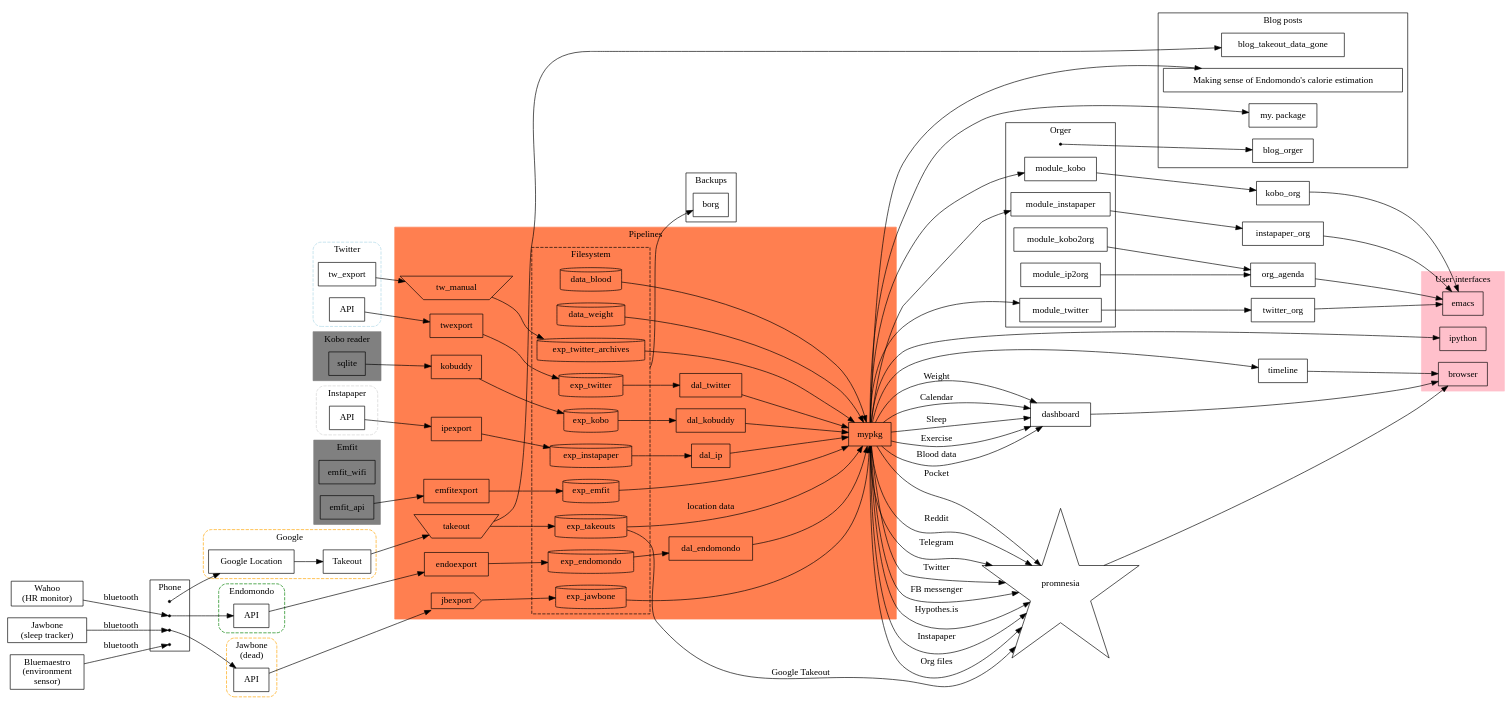
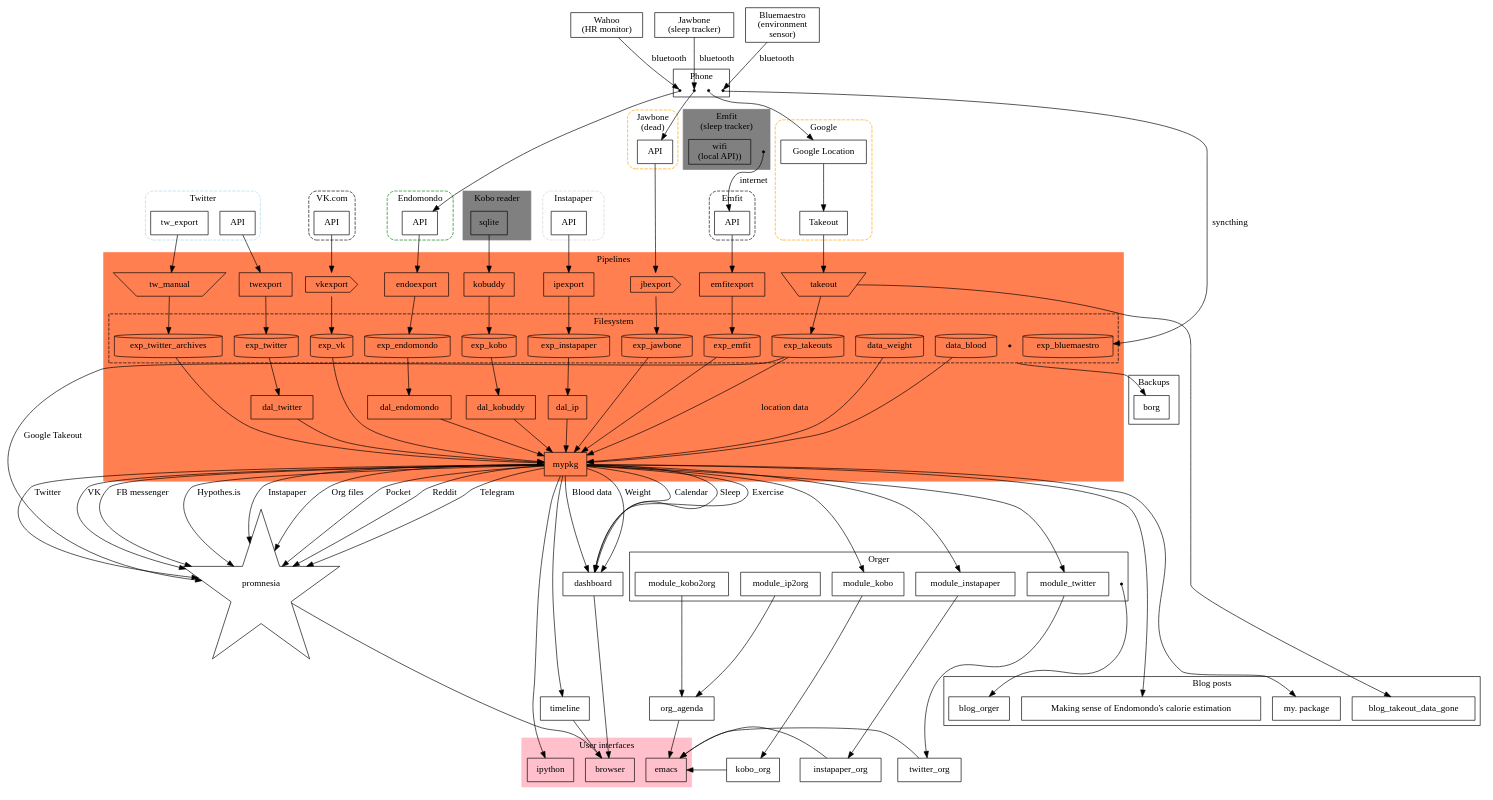
Before and after one commit to karlicoss/myinfra: the diagram in infra.dot, drawn with Graphviz.

Commit message:
move infra diagram updates

```diff
--- a/infra.dot
+++ b/infra.dot
@@ -2,6 +2,9 @@
 # TODO https://www.graphviz.org/doc/info/colors.html
 // https://www.rff.com/flowchart_shapes.php
 // https://www.graphviz.org/doc/info/shapes.html
+
+
+# echo 'infra.dot' | entr dot -T svg infra.dot -o infra.svg
 
 digraph G {
   # https://stackoverflow.com/a/2012106/706389
@@ -10,7 +13,11 @@
   // concatenate=true; // eh, doesn't seem to work..
 
   node [shape="box"];
-  rankdir="LR";
+  // rankdir="LR";
+
+  rank=max; // TODO eh?
+
+  // TODO not sure which rang to choose?
 
 
 subgraph cluster_phone {
@@ -57,13 +64,25 @@
 	// a0 -> a1 -> a2 -> a3;
 }
 
+
+subgraph cluster_vkcom {
+  label="VK.com";
+  style="dashed,rounded";
+
+  vk_api [label=API];
+}
+
+// TODO trivial connections (e.g. twitter phone app -> twitter are omitted)
+// TODO should they be though?
+
+
+
 // TODO phone location data
 // subgraph cluster_wahoo {
 //   label="Wahoo";
 //   style=filled;
 wahoo [label="Wahoo\n(HR monitor)"];
 // }
-
 
 wahoo -> app_endomondo [label=bluetooth];
 
@@ -130,13 +149,29 @@
 
 
 subgraph cluster_emfit {
-  label="Emfit";
+  label="Emfit\n(sleep tracker)";
   style=filled;
   color=grey;
 
-  emfit_wifi; # TODO
-  emfit_api;
+
+  // TODO dot?
+  emfit [shape=point];
+
+  emfit_wifi [label="wifi\n(local API))"];
 }
+
+
+subgraph cluster_emfit_cloud {
+  label="Emfit";
+  style="dashed,rounded";
+  emfit_api [label="API"];
+}
+
+emfit -> emfit_api [label=internet];
+
+// TODO if I draw an edge from UI to phone.... gonna be fun
+
+
 
 # TODO hmm. how to still draw a frame around it?
 subgraph cluster_pipelines {
@@ -161,6 +196,7 @@
 
     exp_emfit;
     exp_twitter;
+    exp_vk;
 
     exp_endomondo;
     exp_instapaper;
@@ -168,13 +204,20 @@
     data_weight;
     data_blood;
     # TODO mention manual inputs for these..
+
+    exp_bluemaestro;
+
+    exp_point [shape=point];
   }
 
 
   twexport;
   endoexport;
   ipexport;
+
   jbexport [shape=cds]; // TODO cross out maybe?
+  vkexport [shape=cds];
+
   # TODO eh, figure out better shape for 'dead'
   # TODO perhaps makes more sense to mark edge?
 
@@ -184,6 +227,7 @@
   "Takeout"   -> takeout     -> exp_takeouts;
   tw_export   -> tw_manual   -> exp_twitter_archives;
   tw_api      -> twexport    -> exp_twitter;
+  vk_api      -> vkexport    -> exp_vk;
   jb_api      -> jbexport    -> exp_jawbone;
   emfit_api   -> emfitexport -> exp_emfit;
 
@@ -191,6 +235,8 @@
   ip_api      -> ipexport   -> exp_instapaper;
 
   kobo_sqlite -> kobuddy    -> exp_kobo;
+
+  app_bluemaestro -> exp_bluemaestro [label=syncthing];
 
 
   mypkg;
@@ -212,6 +258,7 @@
   # so there is still something to work on
 
 
+  exp_vk                          -> mypkg;
   exp_twitter    -> dal_twitter   -> mypkg;
   exp_endomondo  -> dal_endomondo -> mypkg;
   exp_instapaper -> dal_ip        -> mypkg;
@@ -221,6 +268,10 @@
   data_blood                      -> mypkg; # TODO mention orgparse
 
 }
+
+// TODO browser history?
+
+# TODO display google home and mention how useless it is
 
 # TODO motivation for blood
 # I'm planning on tracking this for several decades, so providers will change
@@ -250,7 +301,7 @@
 # exp_endomondo        -> borg [style=dashed];
 }
 
-exp_twitter -> borg [ltail=cluster_exports];
+exp_point -> borg [ltail=cluster_exports];
 
 # TODO mark edges that use cachew?
 
@@ -323,6 +374,7 @@
 # TODO show missing links? like HN
 mypkg -> promnesia [label="Telegram"    ];
 mypkg -> promnesia [label="Twitter"     ];
+mypkg -> promnesia [label="VK"          ];
 
 
 promnesia -> browser;
```
